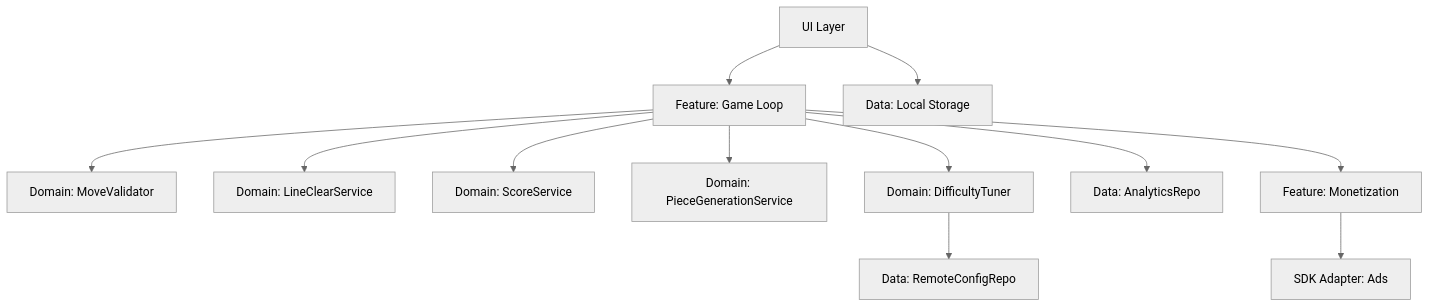
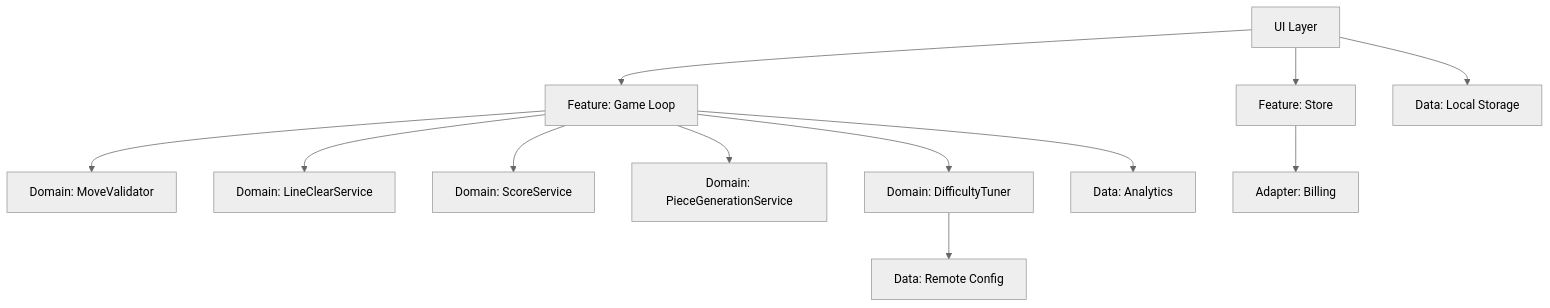
One commit to Linol-Hamelton/Block-Puzzle changed the second of 4 diagrams in docs/architecture/03_RELATION_MAP.md. Above: the diagram before and after it, drawn with Mermaid (neutral theme). The commit also changed other lines of this file and 180 other files, not shown here.

Commit message:
chore: sync current project state and roadmap/docs updates

````diff
--- a/docs/architecture/03_RELATION_MAP.md
+++ b/docs/architecture/03_RELATION_MAP.md
@@ -18,15 +17,15 @@
 ```mermaid
 flowchart TD
   UI[UI Layer] --> GameLoop[Feature: Game Loop]
   GameLoop --> MoveValidator[Domain: MoveValidator]
   GameLoop --> LineClear[Domain: LineClearService]
   GameLoop --> Score[Domain: ScoreService]
   GameLoop --> Generator[Domain: PieceGenerationService]
   GameLoop --> Difficulty[Domain: DifficultyTuner]
 
-  Difficulty --> RemoteConfigRepo[Data: RemoteConfigRepo]
-  GameLoop --> AnalyticsRepo[Data: AnalyticsRepo]
-  GameLoop --> Monetization[Feature: Monetization]
-  Monetization --> AdAdapter[SDK Adapter: Ads]
+  Difficulty --> RemoteConfigRepo[Data: Remote Config]
+  GameLoop --> AnalyticsRepo[Data: Analytics]
+  UI --> StoreFeature[Feature: Store]
+  StoreFeature --> BillingAdapter[Adapter: Billing]
   UI --> LocalState[Data: Local Storage]
 ```
````
